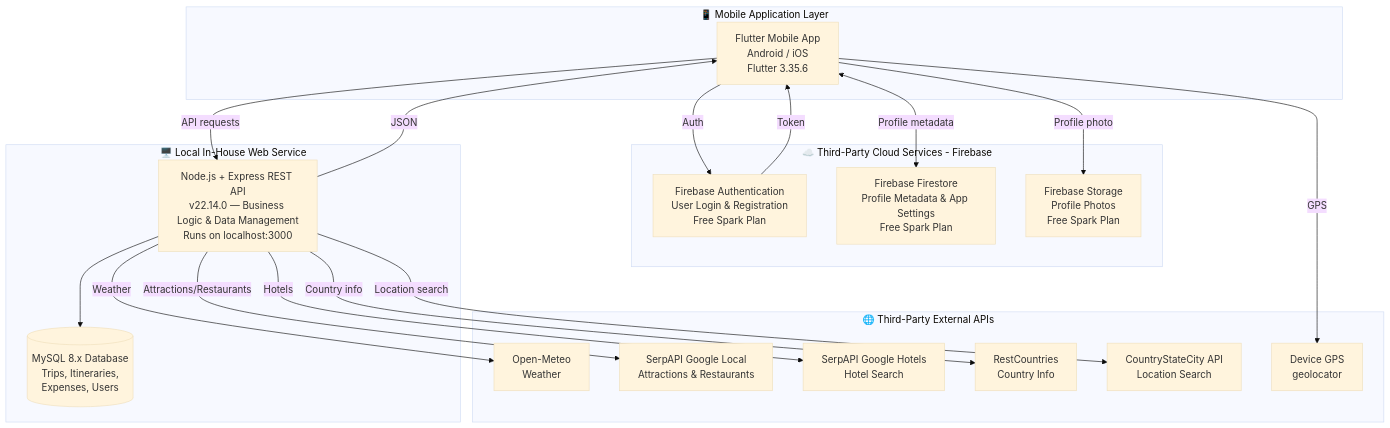
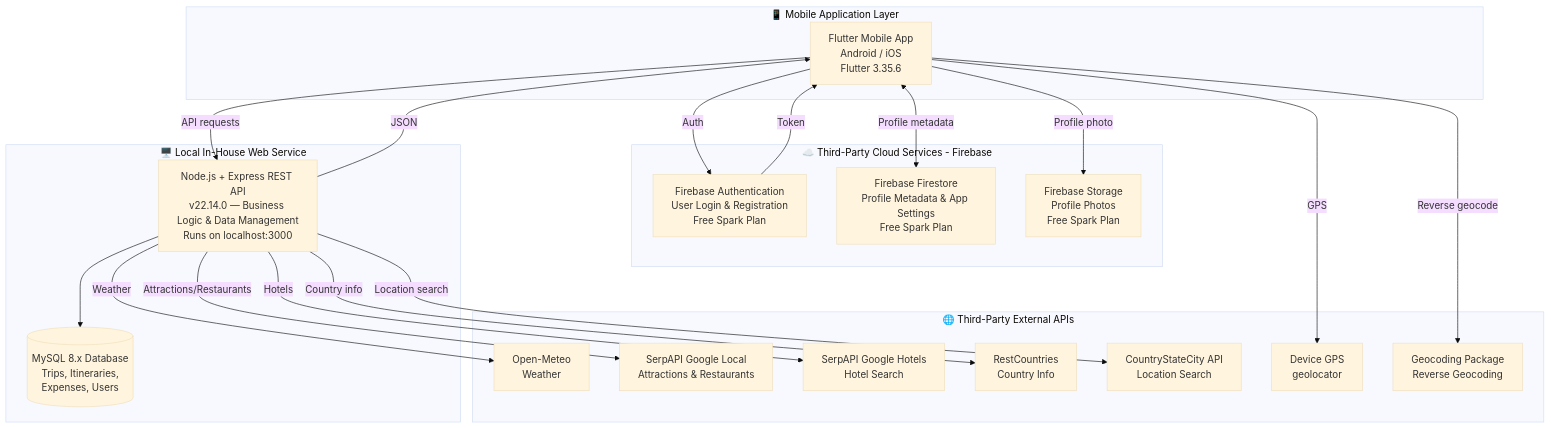
Before and after one commit to taiga2921/ICT632_smart_travel_planner: the first of 2 diagrams in docs/system-architecture.md, drawn with Mermaid (base theme). The commit also changed other lines of this file and 1 other file, not shown here.

````diff
--- a/docs/system-architecture.md
+++ b/docs/system-architecture.md
@@ -487,40 +488,42 @@
 ```mermaid
 flowchart TD
     subgraph Mobile["📱 Mobile Application Layer"]
         A[Flutter Mobile App\nAndroid / iOS\nFlutter 3.35.6]
     end
 
     subgraph Firebase["☁️ Third-Party Cloud Services - Firebase"]
         B[Firebase Authentication\nUser Login & Registration\nFree Spark Plan]
         H[Firebase Firestore\nProfile Metadata & App Settings\nFree Spark Plan]
         FS[Firebase Storage\nProfile Photos\nFree Spark Plan]
     end
 
     subgraph Backend["🖥️ Local In-House Web Service"]
         C[Node.js + Express REST API\nv22.14.0 — Business Logic & Data Management\nRuns on localhost:3000]
         D[(MySQL 8.x Database\nTrips, Itineraries,\nExpenses, Users)]
     end
 
     subgraph ExternalAPIs["🌐 Third-Party External APIs"]
         E[Open-Meteo\nWeather]
         F[SerpAPI Google Local\nAttractions & Restaurants]
         FH[SerpAPI Google Hotels\nHotel Search]
         G[RestCountries\nCountry Info]
         L[CountryStateCity API\nLocation Search]
         GEO[Device GPS\ngeolocator]
+        GEOCODE[Geocoding Package\nReverse Geocoding]
     end
 
     A -->|Auth| B
     A -->|Profile photo| FS
     A <-->|Profile metadata| H
     A -->|API requests| C
     A -->|GPS| GEO
+    A -->|Reverse geocode| GEOCODE
     C --> D
     C -->|Weather| E
     C -->|Attractions/Restaurants| F
     C -->|Hotels| FH
     C -->|Country info| G
     C -->|Location search| L
     B -->|Token| A
     C -->|JSON| A
 ```
````
